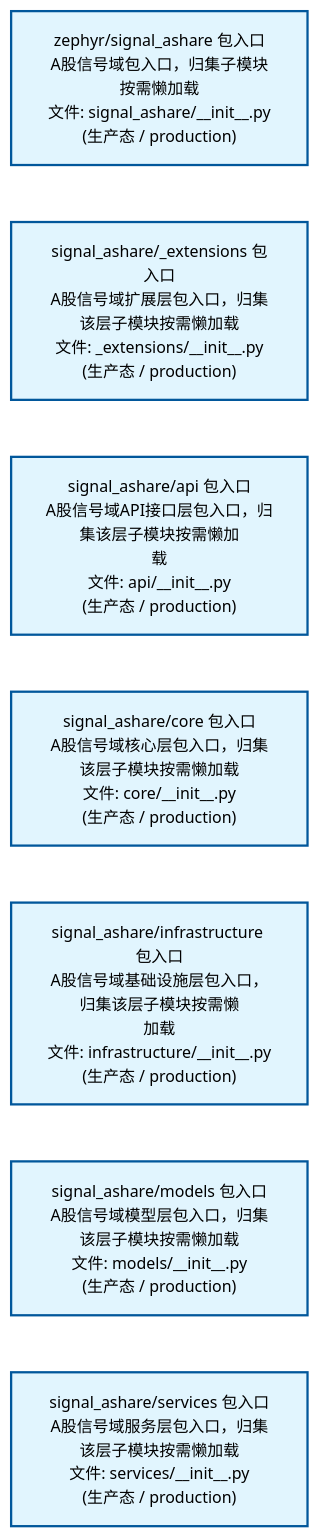
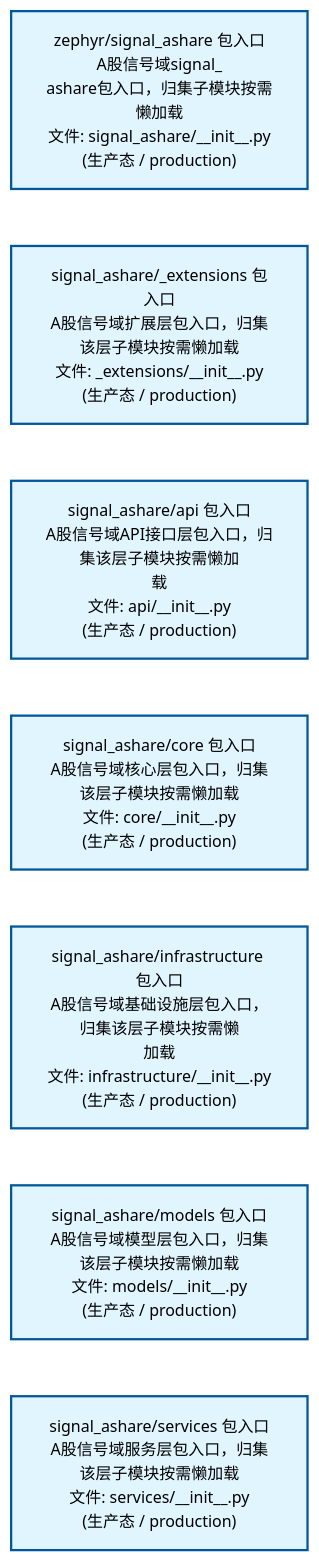
Before and after one commit to xuanFelixVan/ZephyrAlpha: the second of 4 diagrams in docs/02_enterprise_architecture/02_domain_architecture_docs/32_d_ashare_signal.md, drawn with Mermaid. The commit also changed other lines of this file and 60 other files, not shown here.

````diff
--- a/docs/02_enterprise_architecture/02_domain_architecture_docs/32_d_ashare_signal.md
+++ b/docs/02_enterprise_architecture/02_domain_architecture_docs/32_d_ashare_signal.md
@@ -107,22 +107,22 @@
 ```mermaid
 %%{init: {'theme': 'base', 'themeVariables': {'primaryColor': '#eaeaea', 'primaryTextColor': '#333333', 'primaryBorderColor': '#666666', 'lineColor': '#666666', 'secondaryColor': '#eaeaea', 'tertiaryColor': '#eaeaea', 'fontSize': '14px'}}}%%
 flowchart TD
-    src_zephyr_signal_ashare_init_py["zephyr/signal_ashare 包入口<br/>A股信号域包入口，归集子模块按需懒加载<br/>文件: signal_ashare/__init__.py<br/>(生产态 / production)"]
+    src_zephyr_signal_ashare_init_py["zephyr/signal_ashare 包入口<br/>A股信号域signal_<br/>ashare包入口，归集子模块按需懒加载<br/>文件: signal_ashare/__init__.py<br/>(生产态 / production)"]
     src_zephyr_signal_ashare_extensions_init_py["signal_ashare/_extensions 包入口<br/>A股信号域扩展层包入口，归集该层子模块按需懒加载<br/>文件: _extensions/__init__.py<br/>(生产态 / production)"]
     src_zephyr_signal_ashare_api_init_py["signal_ashare/api 包入口<br/>A股信号域API接口层包入口，归集该层子模块按需懒加<br/>载<br/>文件: api/__init__.py<br/>(生产态 / production)"]
     src_zephyr_signal_ashare_core_init_py["signal_ashare/core 包入口<br/>A股信号域核心层包入口，归集该层子模块按需懒加载<br/>文件: core/__init__.py<br/>(生产态 / production)"]
     src_zephyr_signal_ashare_infrastructure_init_py["signal_ashare/infrastructure 包入口<br/>A股信号域基础设施层包入口，归集该层子模块按需懒<br/>加载<br/>文件: infrastructure/__init__.py<br/>(生产态 / production)"]
     src_zephyr_signal_ashare_models_init_py["signal_ashare/models 包入口<br/>A股信号域模型层包入口，归集该层子模块按需懒加载<br/>文件: models/__init__.py<br/>(生产态 / production)"]
     src_zephyr_signal_ashare_services_init_py["signal_ashare/services 包入口<br/>A股信号域服务层包入口，归集该层子模块按需懒加载<br/>文件: services/__init__.py<br/>(生产态 / production)"]
     src_zephyr_signal_ashare_init_py ~~~ src_zephyr_signal_ashare_extensions_init_py
     src_zephyr_signal_ashare_extensions_init_py ~~~ src_zephyr_signal_ashare_api_init_py
     src_zephyr_signal_ashare_api_init_py ~~~ src_zephyr_signal_ashare_core_init_py
     src_zephyr_signal_ashare_core_init_py ~~~ src_zephyr_signal_ashare_infrastructure_init_py
     src_zephyr_signal_ashare_infrastructure_init_py ~~~ src_zephyr_signal_ashare_models_init_py
     src_zephyr_signal_ashare_models_init_py ~~~ src_zephyr_signal_ashare_services_init_py
     classDef production fill:#e1f5fe,stroke:#01579b,stroke-width:2px,color:#000
     classDef design fill:#fff3e0,stroke:#e65100,stroke-width:2px,color:#000,stroke-dasharray: 5 5
     classDef external_prod fill:#e8f4fd,stroke:#0277bd,stroke-width:1px,color:#000
     classDef external_design fill:#fff8e7,stroke:#ef6c00,stroke-width:1px,color:#000,stroke-dasharray: 5 5
     class src_zephyr_signal_ashare_init_py,src_zephyr_signal_ashare_extensions_init_py,src_zephyr_signal_ashare_api_init_py,src_zephyr_signal_ashare_core_init_py,src_zephyr_signal_ashare_infrastructure_init_py,src_zephyr_signal_ashare_models_init_py,src_zephyr_signal_ashare_services_init_py production
 ```
````
